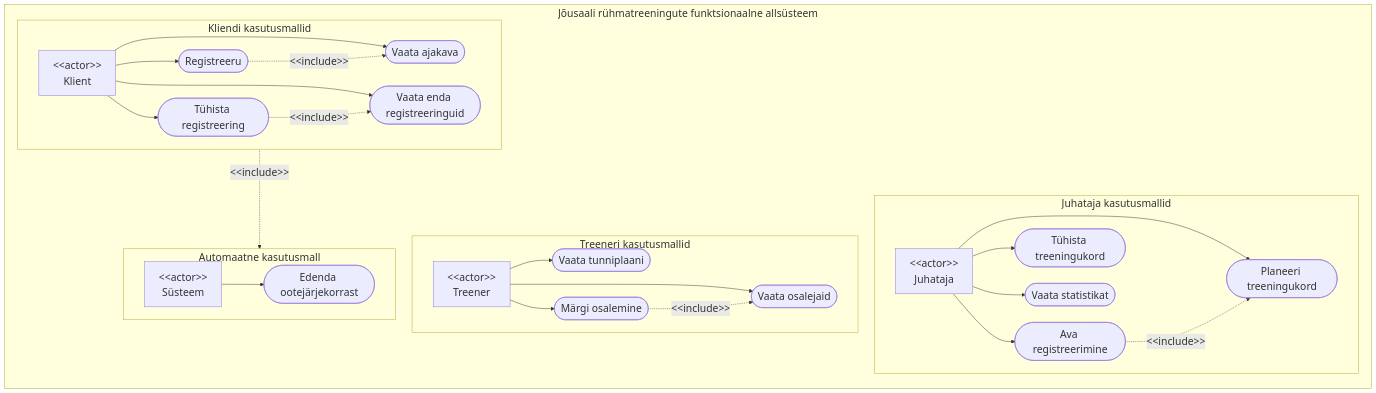
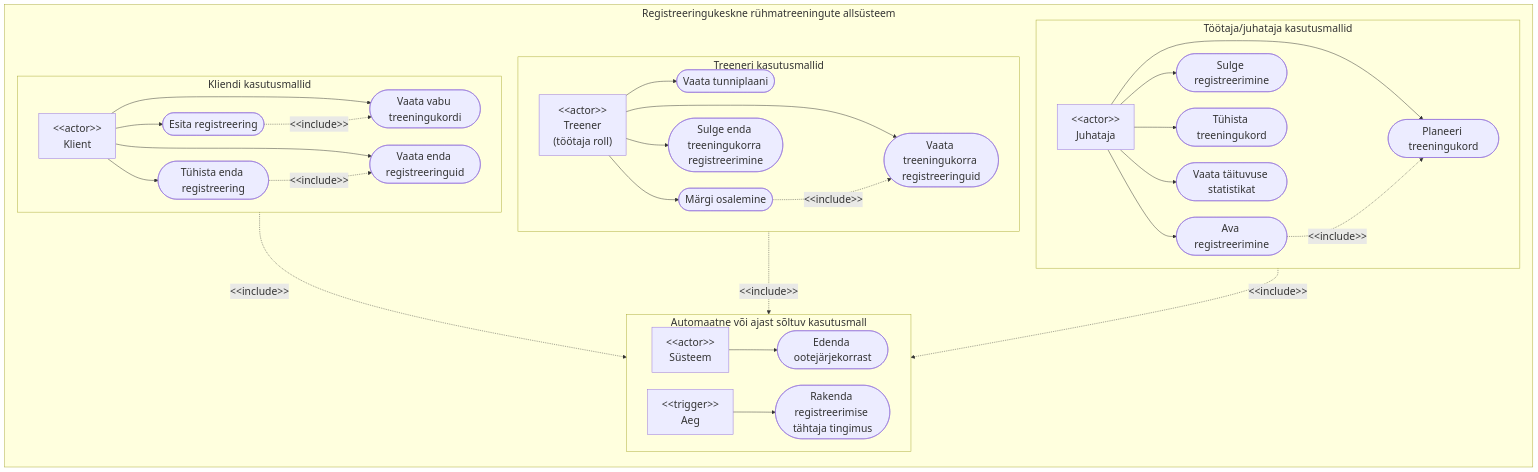
One commit to tamkivi/andmebaasid-projekt changed the diagram in diagrams/02_use_cases.mmd. Above: the diagram before and after it, drawn with Mermaid. The commit also changed 26 other files, not shown here.

```diff
--- a/diagrams/02_use_cases.mmd
+++ b/diagrams/02_use_cases.mmd
@@ -1,55 +1,64 @@
 %%{init: {"themeVariables": {"fontSize": "22px"}, "flowchart": {"nodeSpacing": 35, "rankSpacing": 40}}}%%
 flowchart TB
-    subgraph SYSBOUND["Jõusaali rühmatreeningute funktsionaalne allsüsteem"]
+    subgraph SYSBOUND["Registreeringukeskne rühmatreeningute allsüsteem"]
         direction TB
 
-        subgraph MGR["Juhataja kasutusmallid"]
+        subgraph MGR["Töötaja/juhataja kasutusmallid"]
             direction LR
             JUH["&lt;&lt;actor&gt;&gt;<br/>Juhataja"]
             P(["Planeeri treeningukord"])
             A(["Ava registreerimine"])
+            SL(["Sulge registreerimine"])
             C(["Tühista treeningukord"])
-            S(["Vaata statistikat"])
+            S(["Vaata täituvuse statistikat"])
             JUH --> P
             JUH --> A
+            JUH --> SL
             JUH --> C
             JUH --> S
         end
 
         subgraph TRN["Treeneri kasutusmallid"]
             direction LR
-            TRE["&lt;&lt;actor&gt;&gt;<br/>Treener"]
+            TRE["&lt;&lt;actor&gt;&gt;<br/>Treener<br/>(töötaja roll)"]
             TT(["Vaata tunniplaani"])
-            R(["Vaata osalejaid"])
+            R(["Vaata treeningukorra registreeringuid"])
             O(["Märgi osalemine"])
+            TS(["Sulge enda treeningukorra registreerimine"])
             TRE --> TT
             TRE --> R
             TRE --> O
+            TRE --> TS
         end
 
         subgraph CLI["Kliendi kasutusmallid"]
             direction LR
             KLI["&lt;&lt;actor&gt;&gt;<br/>Klient"]
-            AJ(["Vaata ajakava"])
-            REG(["Registreeru"])
-            TYH(["Tühista registreering"])
+            AJ(["Vaata vabu treeningukordi"])
+            REG(["Esita registreering"])
+            TYH(["Tühista enda registreering"])
             MINU(["Vaata enda registreeringuid"])
             KLI --> AJ
             KLI --> REG
             KLI --> TYH
             KLI --> MINU
         end
 
-        subgraph AUTO["Automaatne kasutusmall"]
+        subgraph AUTO["Automaatne või ajast sõltuv kasutusmall"]
             direction LR
             SYS["&lt;&lt;actor&gt;&gt;<br/>Süsteem"]
+            AEG["&lt;&lt;trigger&gt;&gt;<br/>Aeg"]
             ED(["Edenda ootejärjekorrast"])
+            DL(["Rakenda registreerimise tähtaja tingimus"])
             SYS --> ED
+            AEG --> DL
         end
     end
 
     A -. "&lt;&lt;include&gt;&gt;" .-> P
     REG -. "&lt;&lt;include&gt;&gt;" .-> AJ
     TYH -. "&lt;&lt;include&gt;&gt;" .-> MINU
     TYH -. "&lt;&lt;include&gt;&gt;" .-> ED
     O -. "&lt;&lt;include&gt;&gt;" .-> R
+    SL -. "&lt;&lt;include&gt;&gt;" .-> DL
+    TS -. "&lt;&lt;include&gt;&gt;" .-> DL
```
